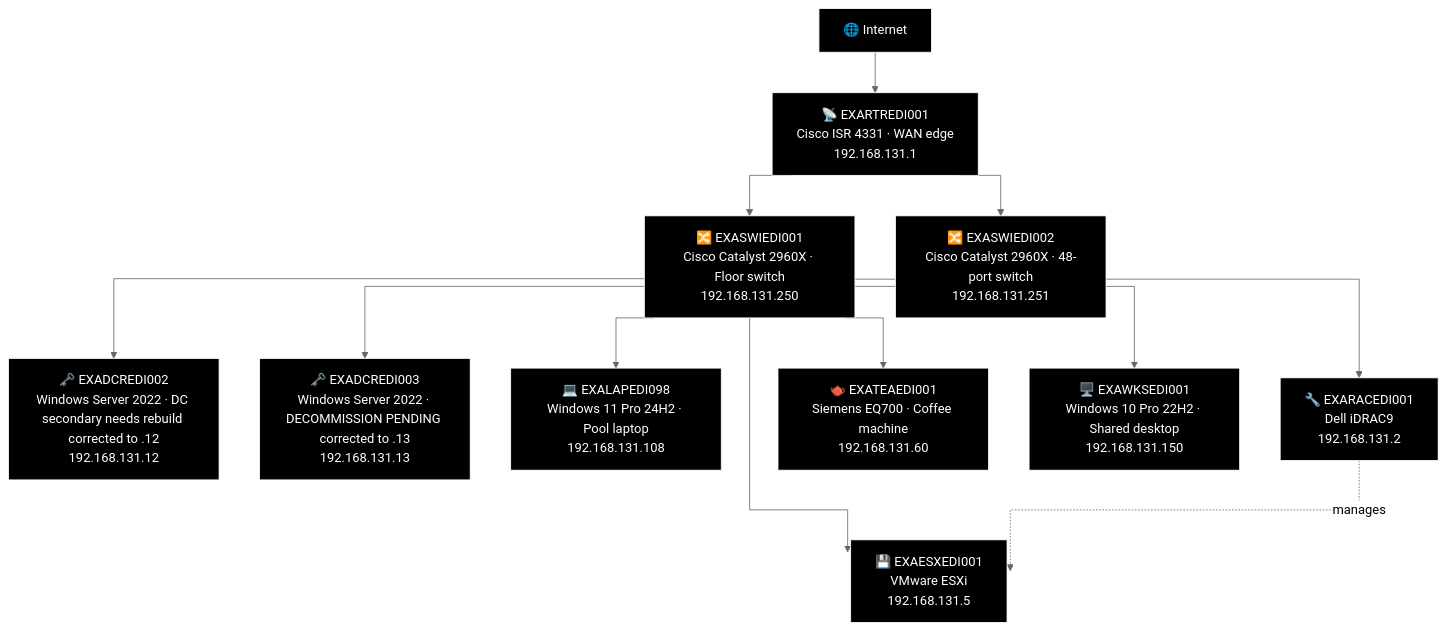
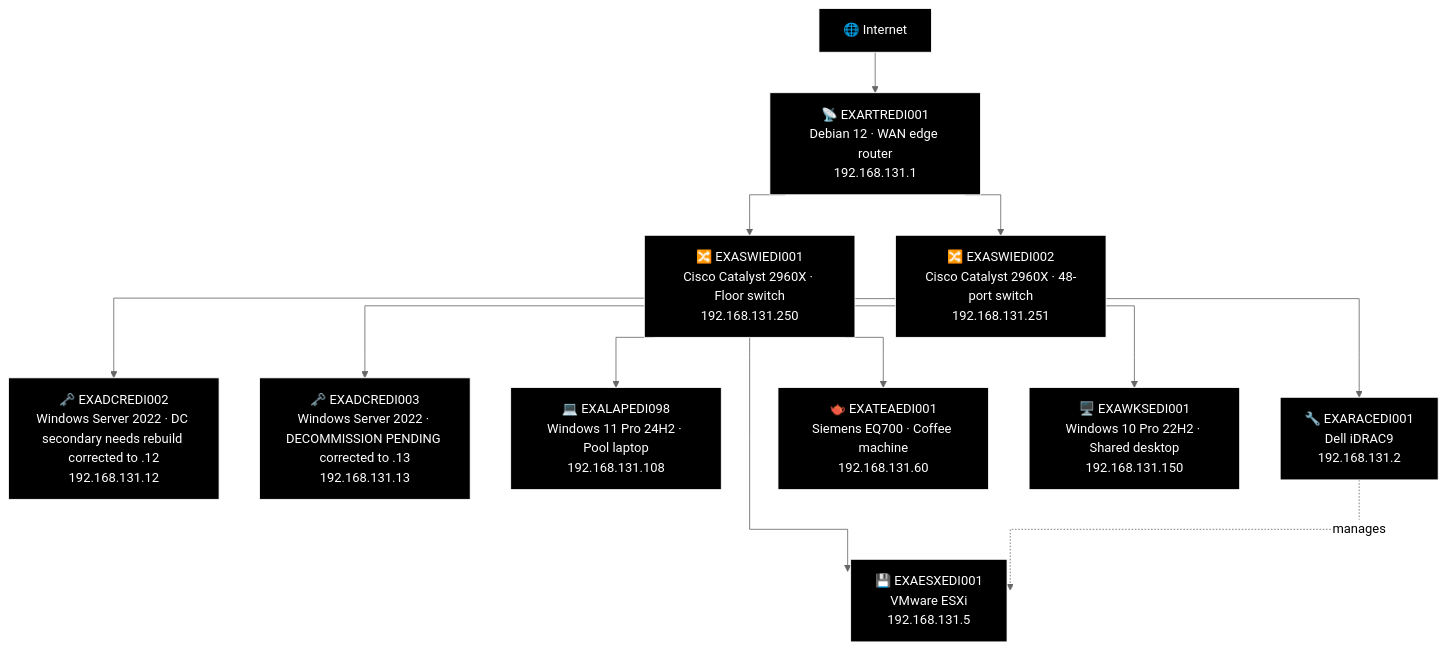
One commit to knightmare2600/example_music_infra changed the fourth of 21 diagrams in docs/network-diagram/scotland.md. Above: the diagram before and after it, drawn with Mermaid (neutral theme). The commit also changed other lines of this file and 9 other files, not shown here.

````diff
--- a/docs/network-diagram/scotland.md
+++ b/docs/network-diagram/scotland.md
@@ -362,40 +362,40 @@
 ```mermaid
 %% GENERATED:OLDNETWORK:EDI:START
 %%{init: {'flowchart': {'curve': 'stepAfter'}}}%%
 graph TD
     O_INET["🌐 Internet"]
-    O_RTR["📡 EXARTREDI001<br/>Cisco ISR 4331 · WAN edge<br/>192.168.131.1"]
+    O_RTR["📡 EXARTREDI001<br/>Debian 12 · WAN edge router<br/>192.168.131.1"]
     O_SWI1["🔀 EXASWIEDI001<br/>Cisco Catalyst 2960X · Floor switch<br/>192.168.131.250"]
     O_SWI2["🔀 EXASWIEDI002<br/>Cisco Catalyst 2960X · 48-port switch<br/>192.168.131.251"]
     O_DCR2["🗝️ EXADCREDI002<br/>Windows Server 2022 · DC secondary needs rebuild corrected to .12<br/>192.168.131.12"]
     O_DCR3["🗝️ EXADCREDI003<br/>Windows Server 2022 · DECOMMISSION PENDING corrected to .13<br/>192.168.131.13"]
     O_ESX["💾 EXAESXEDI001<br/>VMware ESXi<br/>192.168.131.5"]
     O_LAP["💻 EXALAPEDI098<br/>Windows 11 Pro 24H2 · Pool laptop<br/>192.168.131.108"]
     O_RAC["🔧 EXARACEDI001<br/>Dell iDRAC9<br/>192.168.131.2"]
     O_TEA["🫖 EXATEAEDI001<br/>Siemens EQ700 · Coffee machine<br/>192.168.131.60"]
     O_WKS["🖥️ EXAWKSEDI001<br/>Windows 10 Pro 22H2 · Shared desktop<br/>192.168.131.150"]
     O_INET --> O_RTR
     O_RTR --> O_SWI1
     O_RTR --> O_SWI2
     O_SWI1 --> O_DCR2
     O_SWI1 --> O_DCR3
     O_SWI1 --> O_ESX
     O_SWI1 --> O_LAP
     O_SWI1 --> O_RAC
     O_RAC -.->|"manages"| O_ESX
     O_SWI1 --> O_TEA
     O_SWI1 --> O_WKS
 
     style O_INET fill:#000000,stroke:#FFFFFF,color:#FFFFFF
     style O_RTR fill:#000000,stroke:#FFFFFF,color:#FFFFFF
     style O_SWI1 fill:#000000,stroke:#FFFFFF,color:#FFFFFF
     style O_SWI2 fill:#000000,stroke:#FFFFFF,color:#FFFFFF
     style O_DCR2 fill:#000000,stroke:#FFFFFF,color:#FFFFFF
     style O_DCR3 fill:#000000,stroke:#FFFFFF,color:#FFFFFF
     style O_ESX fill:#000000,stroke:#FFFFFF,color:#FFFFFF
     style O_LAP fill:#000000,stroke:#FFFFFF,color:#FFFFFF
     style O_RAC fill:#000000,stroke:#FFFFFF,color:#FFFFFF
     style O_TEA fill:#000000,stroke:#FFFFFF,color:#FFFFFF
     style O_WKS fill:#000000,stroke:#FFFFFF,color:#FFFFFF
 %% GENERATED:OLDNETWORK:EDI:END
 ```
````
